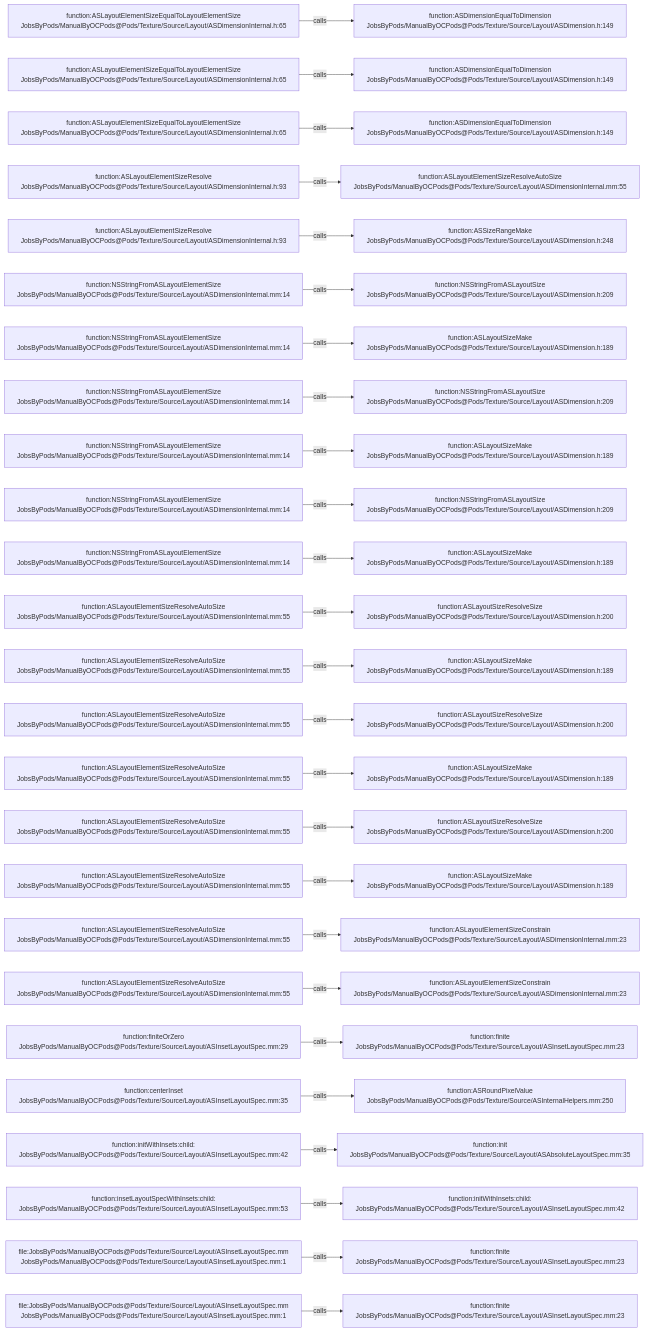
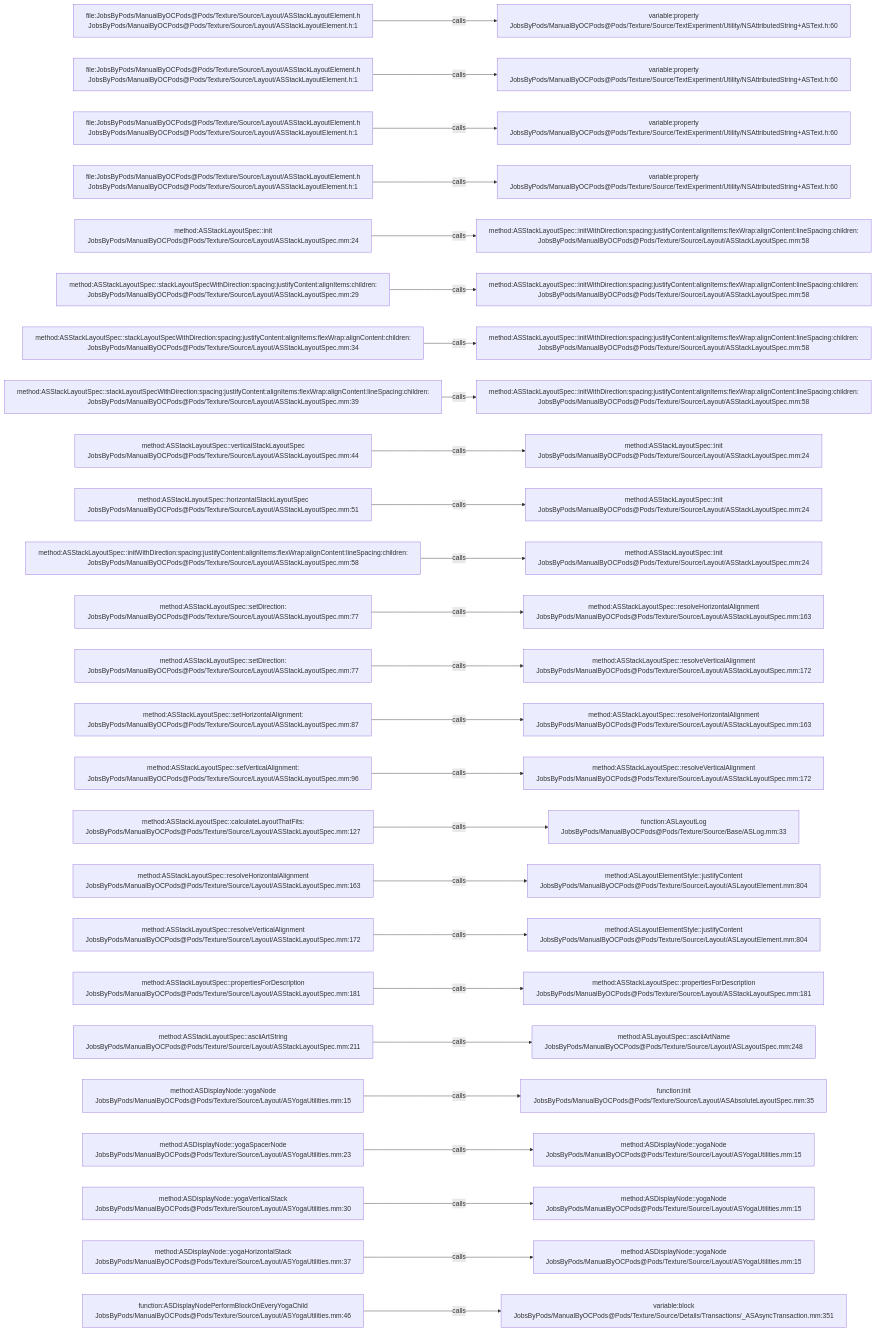
Before and after one commit to JobsKits/JobsOCBaseConfigDemo: the diagram in .codegraph/codegraph.md/graphs/calls-185.md, drawn with Mermaid. The commit also changed 1223 other files, not shown here.

````diff
--- a/.codegraph/codegraph.md/graphs/calls-185.md
+++ b/.codegraph/codegraph.md/graphs/calls-185.md
@@ -13,78 +13,78 @@
 ```mermaid
 flowchart LR
-  S1["function:ASLayoutElementSizeEqualToLayoutElementSize<br/>JobsByPods/ManualByOCPods@Pods/Texture/Source/Layout/ASDimensionInternal.h:65"]
-  T1["function:ASDimensionEqualToDimension<br/>JobsByPods/ManualByOCPods@Pods/Texture/Source/Layout/ASDimension.h:149"]
+  S1["file:JobsByPods/ManualByOCPods@Pods/Texture/Source/Layout/ASStackLayoutElement.h<br/>JobsByPods/ManualByOCPods@Pods/Texture/Source/Layout/ASStackLayoutElement.h:1"]
+  T1["variable:property<br/>JobsByPods/ManualByOCPods@Pods/Texture/Source/TextExperiment/Utility/NSAttributedString+ASText.h:60"]
   S1 -->|calls| T1
-  S2["function:ASLayoutElementSizeEqualToLayoutElementSize<br/>JobsByPods/ManualByOCPods@Pods/Texture/Source/Layout/ASDimensionInternal.h:65"]
-  T2["function:ASDimensionEqualToDimension<br/>JobsByPods/ManualByOCPods@Pods/Texture/Source/Layout/ASDimension.h:149"]
+  S2["file:JobsByPods/ManualByOCPods@Pods/Texture/Source/Layout/ASStackLayoutElement.h<br/>JobsByPods/ManualByOCPods@Pods/Texture/Source/Layout/ASStackLayoutElement.h:1"]
+  T2["variable:property<br/>JobsByPods/ManualByOCPods@Pods/Texture/Source/TextExperiment/Utility/NSAttributedString+ASText.h:60"]
   S2 -->|calls| T2
-  S3["function:ASLayoutElementSizeEqualToLayoutElementSize<br/>JobsByPods/ManualByOCPods@Pods/Texture/Source/Layout/ASDimensionInternal.h:65"]
-  T3["function:ASDimensionEqualToDimension<br/>JobsByPods/ManualByOCPods@Pods/Texture/Source/Layout/ASDimension.h:149"]
+  S3["file:JobsByPods/ManualByOCPods@Pods/Texture/Source/Layout/ASStackLayoutElement.h<br/>JobsByPods/ManualByOCPods@Pods/Texture/Source/Layout/ASStackLayoutElement.h:1"]
+  T3["variable:property<br/>JobsByPods/ManualByOCPods@Pods/Texture/Source/TextExperiment/Utility/NSAttributedString+ASText.h:60"]
   S3 -->|calls| T3
-  S4["function:ASLayoutElementSizeResolve<br/>JobsByPods/ManualByOCPods@Pods/Texture/Source/Layout/ASDimensionInternal.h:93"]
-  T4["function:ASLayoutElementSizeResolveAutoSize<br/>JobsByPods/ManualByOCPods@Pods/Texture/Source/Layout/ASDimensionInternal.mm:55"]
+  S4["file:JobsByPods/ManualByOCPods@Pods/Texture/Source/Layout/ASStackLayoutElement.h<br/>JobsByPods/ManualByOCPods@Pods/Texture/Source/Layout/ASStackLayoutElement.h:1"]
+  T4["variable:property<br/>JobsByPods/ManualByOCPods@Pods/Texture/Source/TextExperiment/Utility/NSAttributedString+ASText.h:60"]
   S4 -->|calls| T4
-  S5["function:ASLayoutElementSizeResolve<br/>JobsByPods/ManualByOCPods@Pods/Texture/Source/Layout/ASDimensionInternal.h:93"]
-  T5["function:ASSizeRangeMake<br/>JobsByPods/ManualByOCPods@Pods/Texture/Source/Layout/ASDimension.h:248"]
+  S5["method:ASStackLayoutSpec::init<br/>JobsByPods/ManualByOCPods@Pods/Texture/Source/Layout/ASStackLayoutSpec.mm:24"]
+  T5["method:ASStackLayoutSpec::initWithDirection:spacing:justifyContent:alignItems:flexWrap:alignContent:lineSpacing:children:<br/>JobsByPods/ManualByOCPods@Pods/Texture/Source/Layout/ASStackLayoutSpec.mm:58"]
   S5 -->|calls| T5
-  S6["function:NSStringFromASLayoutElementSize<br/>JobsByPods/ManualByOCPods@Pods/Texture/Source/Layout/ASDimensionInternal.mm:14"]
-  T6["function:NSStringFromASLayoutSize<br/>JobsByPods/ManualByOCPods@Pods/Texture/Source/Layout/ASDimension.h:209"]
+  S6["method:ASStackLayoutSpec::stackLayoutSpecWithDirection:spacing:justifyContent:alignItems:children:<br/>JobsByPods/ManualByOCPods@Pods/Texture/Source/Layout/ASStackLayoutSpec.mm:29"]
+  T6["method:ASStackLayoutSpec::initWithDirection:spacing:justifyContent:alignItems:flexWrap:alignContent:lineSpacing:children:<br/>JobsByPods/ManualByOCPods@Pods/Texture/Source/Layout/ASStackLayoutSpec.mm:58"]
   S6 -->|calls| T6
-  S7["function:NSStringFromASLayoutElementSize<br/>JobsByPods/ManualByOCPods@Pods/Texture/Source/Layout/ASDimensionInternal.mm:14"]
-  T7["function:ASLayoutSizeMake<br/>JobsByPods/ManualByOCPods@Pods/Texture/Source/Layout/ASDimension.h:189"]
+  S7["method:ASStackLayoutSpec::stackLayoutSpecWithDirection:spacing:justifyContent:alignItems:flexWrap:alignContent:children:<br/>JobsByPods/ManualByOCPods@Pods/Texture/Source/Layout/ASStackLayoutSpec.mm:34"]
+  T7["method:ASStackLayoutSpec::initWithDirection:spacing:justifyContent:alignItems:flexWrap:alignContent:lineSpacing:children:<br/>JobsByPods/ManualByOCPods@Pods/Texture/Source/Layout/ASStackLayoutSpec.mm:58"]
   S7 -->|calls| T7
-  S8["function:NSStringFromASLayoutElementSize<br/>JobsByPods/ManualByOCPods@Pods/Texture/Source/Layout/ASDimensionInternal.mm:14"]
-  T8["function:NSStringFromASLayoutSize<br/>JobsByPods/ManualByOCPods@Pods/Texture/Source/Layout/ASDimension.h:209"]
+  S8["method:ASStackLayoutSpec::stackLayoutSpecWithDirection:spacing:justifyContent:alignItems:flexWrap:alignContent:lineSpacing:children:<br/>JobsByPods/ManualByOCPods@Pods/Texture/Source/Layout/ASStackLayoutSpec.mm:39"]
+  T8["method:ASStackLayoutSpec::initWithDirection:spacing:justifyContent:alignItems:flexWrap:alignContent:lineSpacing:children:<br/>JobsByPods/ManualByOCPods@Pods/Texture/Source/Layout/ASStackLayoutSpec.mm:58"]
   S8 -->|calls| T8
-  S9["function:NSStringFromASLayoutElementSize<br/>JobsByPods/ManualByOCPods@Pods/Texture/Source/Layout/ASDimensionInternal.mm:14"]
-  T9["function:ASLayoutSizeMake<br/>JobsByPods/ManualByOCPods@Pods/Texture/Source/Layout/ASDimension.h:189"]
+  S9["method:ASStackLayoutSpec::verticalStackLayoutSpec<br/>JobsByPods/ManualByOCPods@Pods/Texture/Source/Layout/ASStackLayoutSpec.mm:44"]
+  T9["method:ASStackLayoutSpec::init<br/>JobsByPods/ManualByOCPods@Pods/Texture/Source/Layout/ASStackLayoutSpec.mm:24"]
   S9 -->|calls| T9
-  S10["function:NSStringFromASLayoutElementSize<br/>JobsByPods/ManualByOCPods@Pods/Texture/Source/Layout/ASDimensionInternal.mm:14"]
-  T10["function:NSStringFromASLayoutSize<br/>JobsByPods/ManualByOCPods@Pods/Texture/Source/Layout/ASDimension.h:209"]
+  S10["method:ASStackLayoutSpec::horizontalStackLayoutSpec<br/>JobsByPods/ManualByOCPods@Pods/Texture/Source/Layout/ASStackLayoutSpec.mm:51"]
+  T10["method:ASStackLayoutSpec::init<br/>JobsByPods/ManualByOCPods@Pods/Texture/Source/Layout/ASStackLayoutSpec.mm:24"]
   S10 -->|calls| T10
-  S11["function:NSStringFromASLayoutElementSize<br/>JobsByPods/ManualByOCPods@Pods/Texture/Source/Layout/ASDimensionInternal.mm:14"]
-  T11["function:ASLayoutSizeMake<br/>JobsByPods/ManualByOCPods@Pods/Texture/Source/Layout/ASDimension.h:189"]
+  S11["method:ASStackLayoutSpec::initWithDirection:spacing:justifyContent:alignItems:flexWrap:alignContent:lineSpacing:children:<br/>JobsByPods/ManualByOCPods@Pods/Texture/Source/Layout/ASStackLayoutSpec.mm:58"]
+  T11["method:ASStackLayoutSpec::init<br/>JobsByPods/ManualByOCPods@Pods/Texture/Source/Layout/ASStackLayoutSpec.mm:24"]
   S11 -->|calls| T11
-  S12["function:ASLayoutElementSizeResolveAutoSize<br/>JobsByPods/ManualByOCPods@Pods/Texture/Source/Layout/ASDimensionInternal.mm:55"]
-  T12["function:ASLayoutSizeResolveSize<br/>JobsByPods/ManualByOCPods@Pods/Texture/Source/Layout/ASDimension.h:200"]
+  S12["method:ASStackLayoutSpec::setDirection:<br/>JobsByPods/ManualByOCPods@Pods/Texture/Source/Layout/ASStackLayoutSpec.mm:77"]
+  T12["method:ASStackLayoutSpec::resolveHorizontalAlignment<br/>JobsByPods/ManualByOCPods@Pods/Texture/Source/Layout/ASStackLayoutSpec.mm:163"]
   S12 -->|calls| T12
-  S13["function:ASLayoutElementSizeResolveAutoSize<br/>JobsByPods/ManualByOCPods@Pods/Texture/Source/Layout/ASDimensionInternal.mm:55"]
-  T13["function:ASLayoutSizeMake<br/>JobsByPods/ManualByOCPods@Pods/Texture/Source/Layout/ASDimension.h:189"]
+  S13["method:ASStackLayoutSpec::setDirection:<br/>JobsByPods/ManualByOCPods@Pods/Texture/Source/Layout/ASStackLayoutSpec.mm:77"]
+  T13["method:ASStackLayoutSpec::resolveVerticalAlignment<br/>JobsByPods/ManualByOCPods@Pods/Texture/Source/Layout/ASStackLayoutSpec.mm:172"]
   S13 -->|calls| T13
-  S14["function:ASLayoutElementSizeResolveAutoSize<br/>JobsByPods/ManualByOCPods@Pods/Texture/Source/Layout/ASDimensionInternal.mm:55"]
-  T14["function:ASLayoutSizeResolveSize<br/>JobsByPods/ManualByOCPods@Pods/Texture/Source/Layout/ASDimension.h:200"]
+  S14["method:ASStackLayoutSpec::setHorizontalAlignment:<br/>JobsByPods/ManualByOCPods@Pods/Texture/Source/Layout/ASStackLayoutSpec.mm:87"]
+  T14["method:ASStackLayoutSpec::resolveHorizontalAlignment<br/>JobsByPods/ManualByOCPods@Pods/Texture/Source/Layout/ASStackLayoutSpec.mm:163"]
   S14 -->|calls| T14
-  S15["function:ASLayoutElementSizeResolveAutoSize<br/>JobsByPods/ManualByOCPods@Pods/Texture/Source/Layout/ASDimensionInternal.mm:55"]
-  T15["function:ASLayoutSizeMake<br/>JobsByPods/ManualByOCPods@Pods/Texture/Source/Layout/ASDimension.h:189"]
+  S15["method:ASStackLayoutSpec::setVerticalAlignment:<br/>JobsByPods/ManualByOCPods@Pods/Texture/Source/Layout/ASStackLayoutSpec.mm:96"]
+  T15["method:ASStackLayoutSpec::resolveVerticalAlignment<br/>JobsByPods/ManualByOCPods@Pods/Texture/Source/Layout/ASStackLayoutSpec.mm:172"]
   S15 -->|calls| T15
-  S16["function:ASLayoutElementSizeResolveAutoSize<br/>JobsByPods/ManualByOCPods@Pods/Texture/Source/Layout/ASDimensionInternal.mm:55"]
-  T16["function:ASLayoutSizeResolveSize<br/>JobsByPods/ManualByOCPods@Pods/Texture/Source/Layout/ASDimension.h:200"]
+  S16["method:ASStackLayoutSpec::calculateLayoutThatFits:<br/>JobsByPods/ManualByOCPods@Pods/Texture/Source/Layout/ASStackLayoutSpec.mm:127"]
+  T16["function:ASLayoutLog<br/>JobsByPods/ManualByOCPods@Pods/Texture/Source/Base/ASLog.mm:33"]
   S16 -->|calls| T16
-  S17["function:ASLayoutElementSizeResolveAutoSize<br/>JobsByPods/ManualByOCPods@Pods/Texture/Source/Layout/ASDimensionInternal.mm:55"]
-  T17["function:ASLayoutSizeMake<br/>JobsByPods/ManualByOCPods@Pods/Texture/Source/Layout/ASDimension.h:189"]
+  S17["method:ASStackLayoutSpec::resolveHorizontalAlignment<br/>JobsByPods/ManualByOCPods@Pods/Texture/Source/Layout/ASStackLayoutSpec.mm:163"]
+  T17["method:ASLayoutElementStyle::justifyContent<br/>JobsByPods/ManualByOCPods@Pods/Texture/Source/Layout/ASLayoutElement.mm:804"]
   S17 -->|calls| T17
-  S18["function:ASLayoutElementSizeResolveAutoSize<br/>JobsByPods/ManualByOCPods@Pods/Texture/Source/Layout/ASDimensionInternal.mm:55"]
-  T18["function:ASLayoutElementSizeConstrain<br/>JobsByPods/ManualByOCPods@Pods/Texture/Source/Layout/ASDimensionInternal.mm:23"]
+  S18["method:ASStackLayoutSpec::resolveVerticalAlignment<br/>JobsByPods/ManualByOCPods@Pods/Texture/Source/Layout/ASStackLayoutSpec.mm:172"]
+  T18["method:ASLayoutElementStyle::justifyContent<br/>JobsByPods/ManualByOCPods@Pods/Texture/Source/Layout/ASLayoutElement.mm:804"]
   S18 -->|calls| T18
-  S19["function:ASLayoutElementSizeResolveAutoSize<br/>JobsByPods/ManualByOCPods@Pods/Texture/Source/Layout/ASDimensionInternal.mm:55"]
-  T19["function:ASLayoutElementSizeConstrain<br/>JobsByPods/ManualByOCPods@Pods/Texture/Source/Layout/ASDimensionInternal.mm:23"]
+  S19["method:ASStackLayoutSpec::propertiesForDescription<br/>JobsByPods/ManualByOCPods@Pods/Texture/Source/Layout/ASStackLayoutSpec.mm:181"]
+  T19["method:ASStackLayoutSpec::propertiesForDescription<br/>JobsByPods/ManualByOCPods@Pods/Texture/Source/Layout/ASStackLayoutSpec.mm:181"]
   S19 -->|calls| T19
-  S20["function:finiteOrZero<br/>JobsByPods/ManualByOCPods@Pods/Texture/Source/Layout/ASInsetLayoutSpec.mm:29"]
-  T20["function:finite<br/>JobsByPods/ManualByOCPods@Pods/Texture/Source/Layout/ASInsetLayoutSpec.mm:23"]
+  S20["method:ASStackLayoutSpec::asciiArtString<br/>JobsByPods/ManualByOCPods@Pods/Texture/Source/Layout/ASStackLayoutSpec.mm:211"]
+  T20["method:ASLayoutSpec::asciiArtName<br/>JobsByPods/ManualByOCPods@Pods/Texture/Source/Layout/ASLayoutSpec.mm:248"]
   S20 -->|calls| T20
-  S21["function:centerInset<br/>JobsByPods/ManualByOCPods@Pods/Texture/Source/Layout/ASInsetLayoutSpec.mm:35"]
-  T21["function:ASRoundPixelValue<br/>JobsByPods/ManualByOCPods@Pods/Texture/Source/ASInternalHelpers.mm:250"]
+  S21["method:ASDisplayNode::yogaNode<br/>JobsByPods/ManualByOCPods@Pods/Texture/Source/Layout/ASYogaUtilities.mm:15"]
+  T21["function:init<br/>JobsByPods/ManualByOCPods@Pods/Texture/Source/Layout/ASAbsoluteLayoutSpec.mm:35"]
   S21 -->|calls| T21
-  S22["function:initWithInsets:child:<br/>JobsByPods/ManualByOCPods@Pods/Texture/Source/Layout/ASInsetLayoutSpec.mm:42"]
-  T22["function:init<br/>JobsByPods/ManualByOCPods@Pods/Texture/Source/Layout/ASAbsoluteLayoutSpec.mm:35"]
+  S22["method:ASDisplayNode::yogaSpacerNode<br/>JobsByPods/ManualByOCPods@Pods/Texture/Source/Layout/ASYogaUtilities.mm:23"]
+  T22["method:ASDisplayNode::yogaNode<br/>JobsByPods/ManualByOCPods@Pods/Texture/Source/Layout/ASYogaUtilities.mm:15"]
   S22 -->|calls| T22
-  S23["function:insetLayoutSpecWithInsets:child:<br/>JobsByPods/ManualByOCPods@Pods/Texture/Source/Layout/ASInsetLayoutSpec.mm:53"]
-  T23["function:initWithInsets:child:<br/>JobsByPods/ManualByOCPods@Pods/Texture/Source/Layout/ASInsetLayoutSpec.mm:42"]
+  S23["method:ASDisplayNode::yogaVerticalStack<br/>JobsByPods/ManualByOCPods@Pods/Texture/Source/Layout/ASYogaUtilities.mm:30"]
+  T23["method:ASDisplayNode::yogaNode<br/>JobsByPods/ManualByOCPods@Pods/Texture/Source/Layout/ASYogaUtilities.mm:15"]
   S23 -->|calls| T23
-  S24["file:JobsByPods/ManualByOCPods@Pods/Texture/Source/Layout/ASInsetLayoutSpec.mm<br/>JobsByPods/ManualByOCPods@Pods/Texture/Source/Layout/ASInsetLayoutSpec.mm:1"]
-  T24["function:finite<br/>JobsByPods/ManualByOCPods@Pods/Texture/Source/Layout/ASInsetLayoutSpec.mm:23"]
+  S24["method:ASDisplayNode::yogaHorizontalStack<br/>JobsByPods/ManualByOCPods@Pods/Texture/Source/Layout/ASYogaUtilities.mm:37"]
+  T24["method:ASDisplayNode::yogaNode<br/>JobsByPods/ManualByOCPods@Pods/Texture/Source/Layout/ASYogaUtilities.mm:15"]
   S24 -->|calls| T24
-  S25["file:JobsByPods/ManualByOCPods@Pods/Texture/Source/Layout/ASInsetLayoutSpec.mm<br/>JobsByPods/ManualByOCPods@Pods/Texture/Source/Layout/ASInsetLayoutSpec.mm:1"]
-  T25["function:finite<br/>JobsByPods/ManualByOCPods@Pods/Texture/Source/Layout/ASInsetLayoutSpec.mm:23"]
+  S25["function:ASDisplayNodePerformBlockOnEveryYogaChild<br/>JobsByPods/ManualByOCPods@Pods/Texture/Source/Layout/ASYogaUtilities.mm:46"]
+  T25["variable:block<br/>JobsByPods/ManualByOCPods@Pods/Texture/Source/Details/Transactions/_ASAsyncTransaction.mm:351"]
   S25 -->|calls| T25
 ```
````
